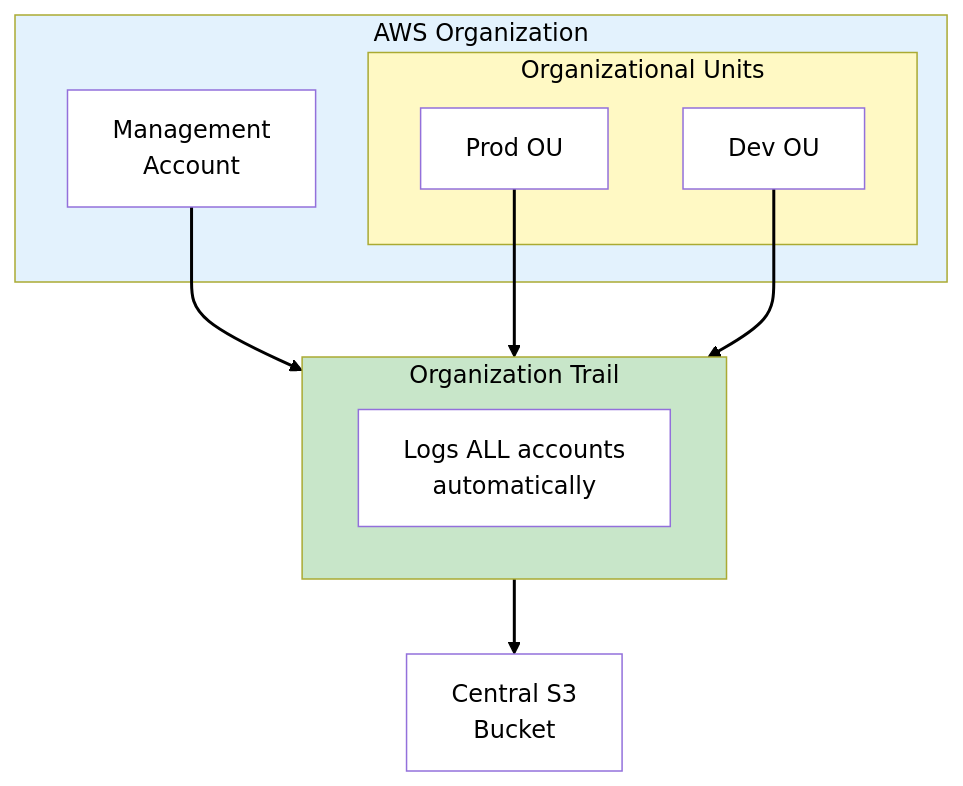
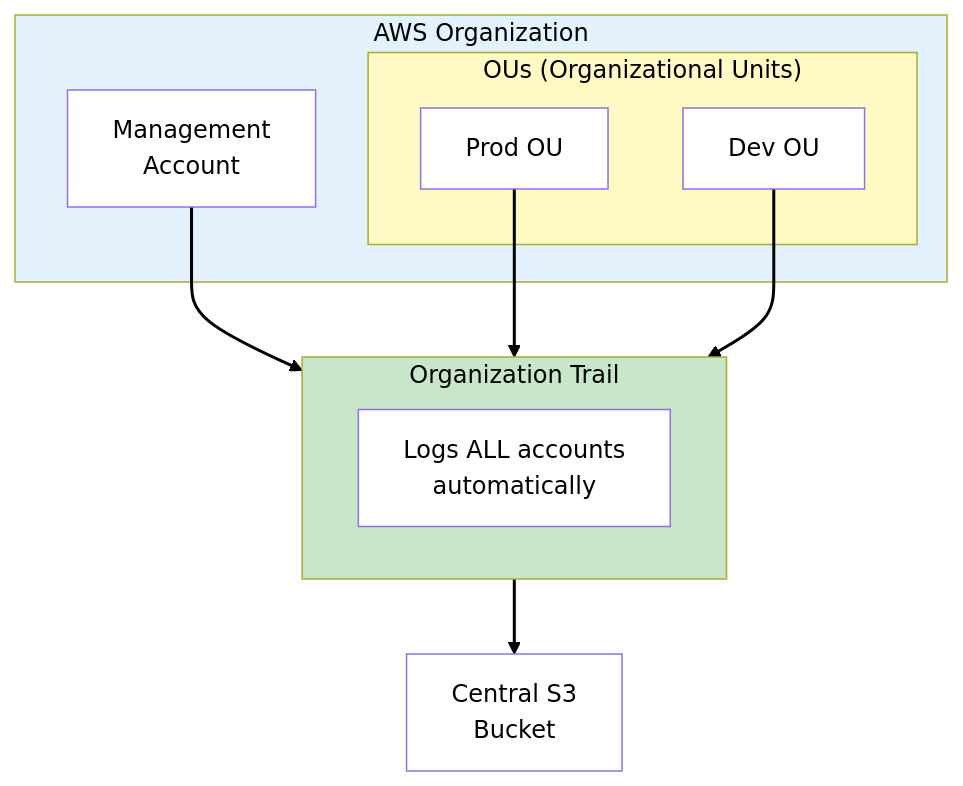
Before and after one commit to benjaminhonorio/aws-architecting: the fourth of 11 diagrams in docs/scenarios/medvault/phases/phase-4-logging-monitoring.md, drawn with Mermaid. The commit also changed other lines of this file and 6 other files, not shown here.

````diff
--- a/docs/scenarios/medvault/phases/phase-4-logging-monitoring.md
+++ b/docs/scenarios/medvault/phases/phase-4-logging-monitoring.md
@@ -148,30 +156,30 @@
 ```mermaid
 flowchart TB
     subgraph Org["AWS Organization"]
         MGMT["Management<br>Account"]
-        subgraph OUs["Organizational Units"]
+        subgraph OUs["OUs (Organizational Units)"]
             PROD["Prod OU"]
             DEV["Dev OU"]
         end
     end
 
     subgraph Trail["Organization Trail"]
         OT["Logs ALL accounts<br>automatically"]
     end
 
     CENTRAL["Central S3<br>Bucket"]
 
     MGMT --> Trail
     PROD & DEV --> Trail
     Trail --> CENTRAL
 
     style Org fill:#e3f2fd,color:#000
     style OUs fill:#fff9c4,color:#000
     style Trail fill:#c8e6c9,color:#000
     style MGMT fill:#fff,color:#000
     style PROD fill:#fff,color:#000
     style DEV fill:#fff,color:#000
     style OT fill:#fff,color:#000
     style CENTRAL fill:#fff,color:#000
     linkStyle default stroke:#000,stroke-width:2px
 ```
````
